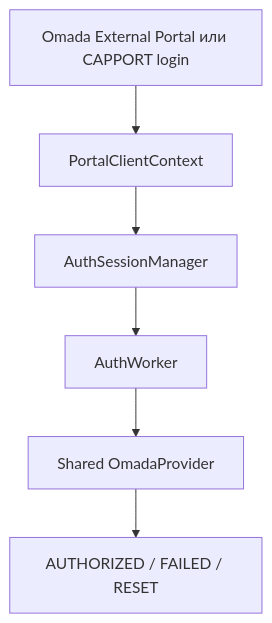
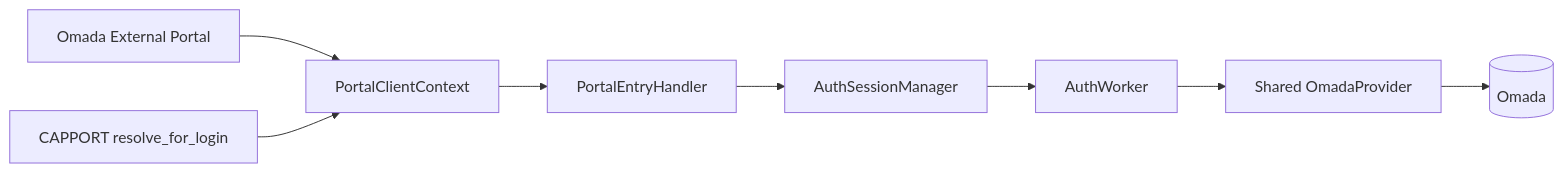
One commit to ZaurNavi/CaptivePortal changed the first of 2 diagrams in docs/architecture.md. Above: the diagram before and after it, drawn with Mermaid. The commit also changed other lines of this file and 21 other files, not shown here.

````diff
--- a/docs/architecture.md
+++ b/docs/architecture.md
@@ -13,8 +44,10 @@
-~~~mermaid
-flowchart TD
-    A["Omada External Portal или CAPPORT login"] --> B["PortalClientContext"]
-    B --> C["AuthSessionManager"]
-    C --> D["AuthWorker"]
-    D --> E["Shared OmadaProvider"]
-    E --> F["AUTHORIZED / FAILED / RESET"]
-~~~
+```mermaid
+flowchart LR
+    A[Omada External Portal] --> C[PortalClientContext]
+    B[CAPPORT resolve_for_login] --> C
+    C --> D[PortalEntryHandler]
+    D --> E[AuthSessionManager]
+    E --> F[AuthWorker]
+    F --> G[Shared OmadaProvider]
+    G --> H[(Omada)]
+```
````
